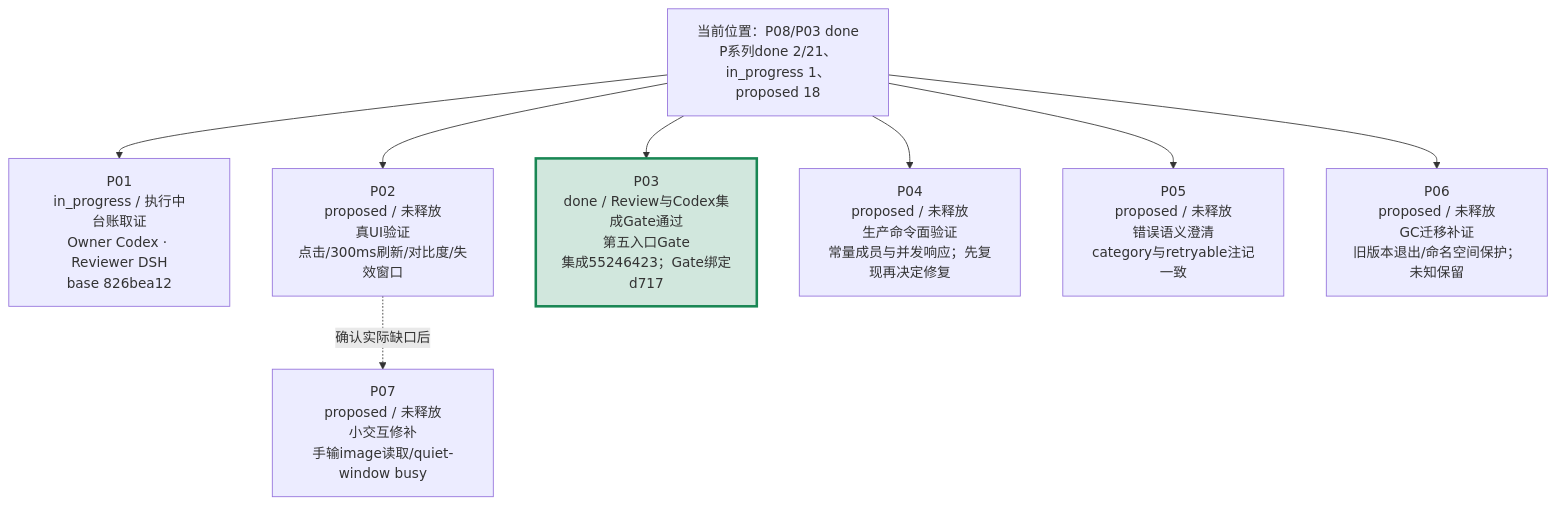
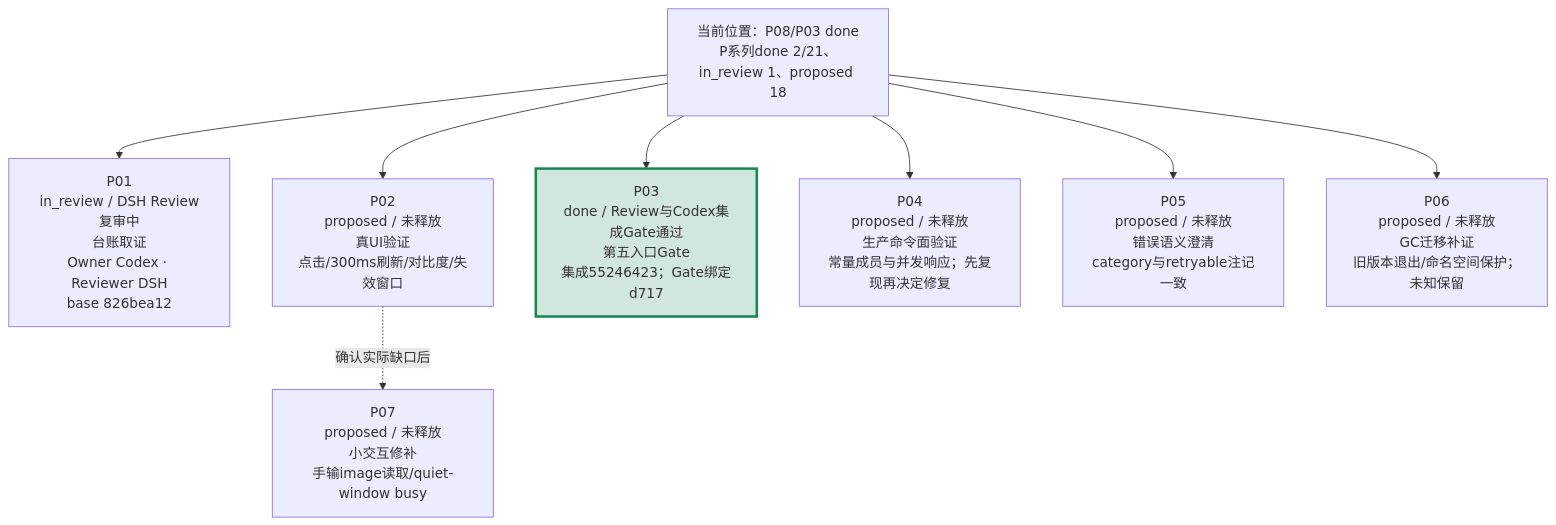
Before and after one commit to peakwheat-pixel/New-Manga: the second of 4 diagrams in verification/PROJECT-ROADMAP-20261008/ROADMAP.md, drawn with Mermaid. The commit also changed other lines of this file and 18 other files, not shown here.

````diff
--- a/verification/PROJECT-ROADMAP-20261008/ROADMAP.md
+++ b/verification/PROJECT-ROADMAP-20261008/ROADMAP.md
@@ -30,11 +30,11 @@
 ```mermaid
 flowchart TB
-  BASE["当前位置：P08/P03 done<br/>P系列done 2/21、in_progress 1、proposed 18"] --> P01["P01<br/>in_progress / 执行中<br/>台账取证<br/>Owner Codex · Reviewer DSH<br/>base 826bea12"]
+  BASE["当前位置：P08/P03 done<br/>P系列done 2/21、in_review 1、proposed 18"] --> P01["P01<br/>in_review / DSH Review复审中<br/>台账取证<br/>Owner Codex · Reviewer DSH<br/>base 826bea12"]
   BASE --> P02["P02<br/>proposed / 未释放<br/>真UI验证<br/>点击/300ms刷新/对比度/失效窗口"]
   BASE --> P03["P03<br/>done / Review与Codex集成Gate通过<br/>第五入口Gate<br/>集成55246423；Gate绑定d717"]
   BASE --> P04["P04<br/>proposed / 未释放<br/>生产命令面验证<br/>常量成员与并发响应；先复现再决定修复"]
   BASE --> P05["P05<br/>proposed / 未释放<br/>错误语义澄清<br/>category与retryable注记一致"]
   BASE --> P06["P06<br/>proposed / 未释放<br/>GC迁移补证<br/>旧版本退出/命名空间保护；未知保留"]
   P02 -. "确认实际缺口后" .-> P07["P07<br/>proposed / 未释放<br/>小交互修补<br/>手输image读取/quiet-window busy"]
   style P03 fill:#d1e7dd,stroke:#198754,stroke-width:3px
 ```
````
